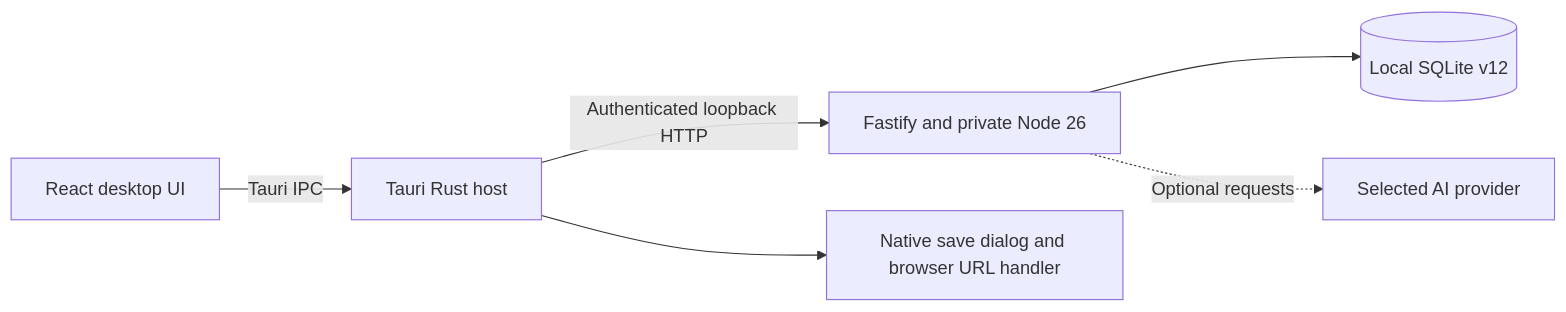
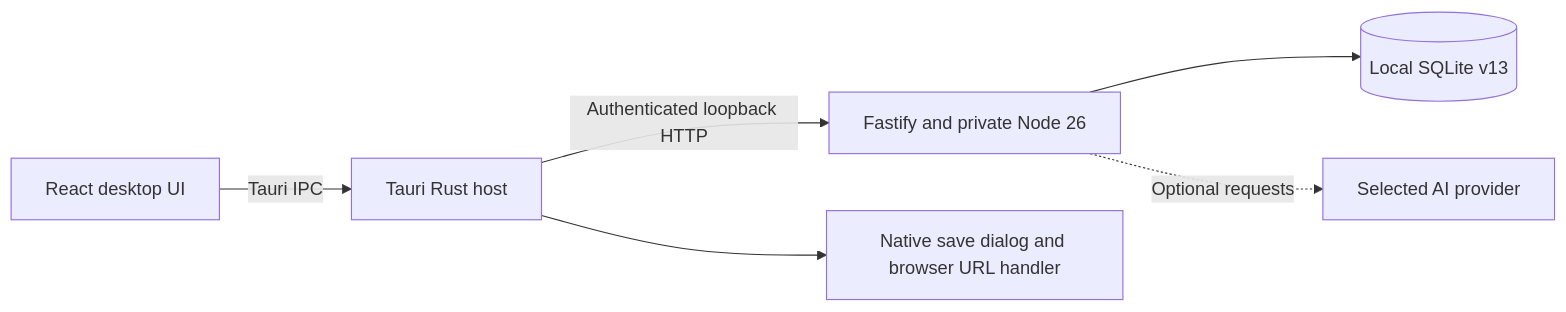
Before and after one commit to Yide-Milo-Li/LeetCode-Tracker: the diagram in README.md, drawn with Mermaid. The commit also changed other lines of this file and 20 other files, not shown here.

````diff
--- a/README.md
+++ b/README.md
@@ -131,8 +131,8 @@
 ```mermaid
 flowchart LR
     UI[React desktop UI] -->|Tauri IPC| Host[Tauri Rust host]
     Host -->|Authenticated loopback HTTP| API[Fastify and private Node 26]
-    API --> DB[(Local SQLite v12)]
+    API --> DB[(Local SQLite v13)]
     API -. Optional requests .-> AI[Selected AI provider]
     Host --> OS[Native save dialog and browser URL handler]
 ```
````
